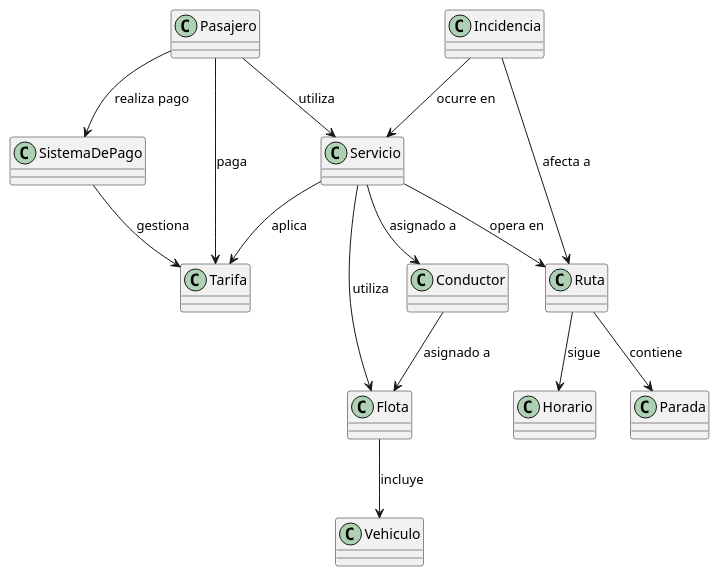
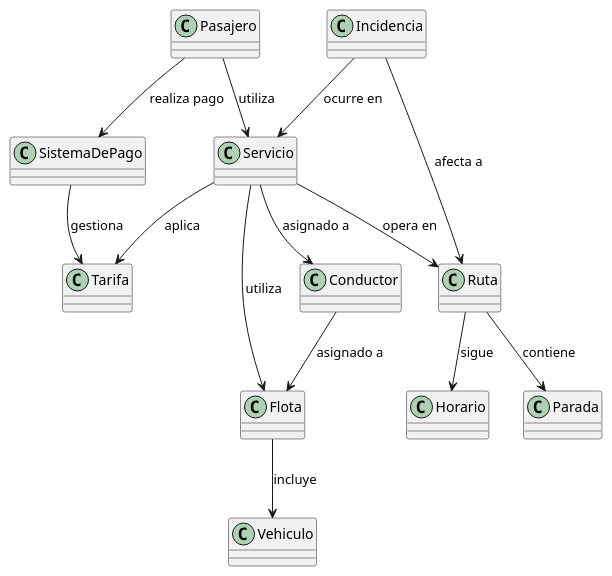
Before and after one commit to Ingenieria-Informatica-UNEATLANTICO/app-actividad-post-parcial-lydiaa-gr: the diagram in modelosUML/DiagramaClasesIteracion.puml, drawn with PlantUML.

```diff
--- a/modelosUML/DiagramaClasesIteracion.puml
+++ b/modelosUML/DiagramaClasesIteracion.puml
@@ -1,31 +1,30 @@
 @startuml
 
 class Pasajero
 class Conductor
 class Incidencia
 class Ruta
 class Horario
 class Parada
 class Flota
 class Tarifa
 class Servicio
 class Vehiculo
 class SistemaDePago
 
 ' Relación de asociación
-Pasajero --> Tarifa : paga
 Pasajero --> Servicio : utiliza
 Conductor --> Flota : asignado a
 Incidencia --> Servicio : ocurre en
 Incidencia --> Ruta : afecta a
 Ruta --> Parada : contiene
 Ruta --> Horario : sigue
 Servicio --> Ruta : opera en
 Servicio --> Conductor : asignado a
 Servicio --> Flota : utiliza
 Servicio --> Tarifa : aplica
 Flota --> Vehiculo : incluye
 Pasajero --> SistemaDePago : realiza pago
 SistemaDePago --> Tarifa : gestiona
 
 @enduml
```
